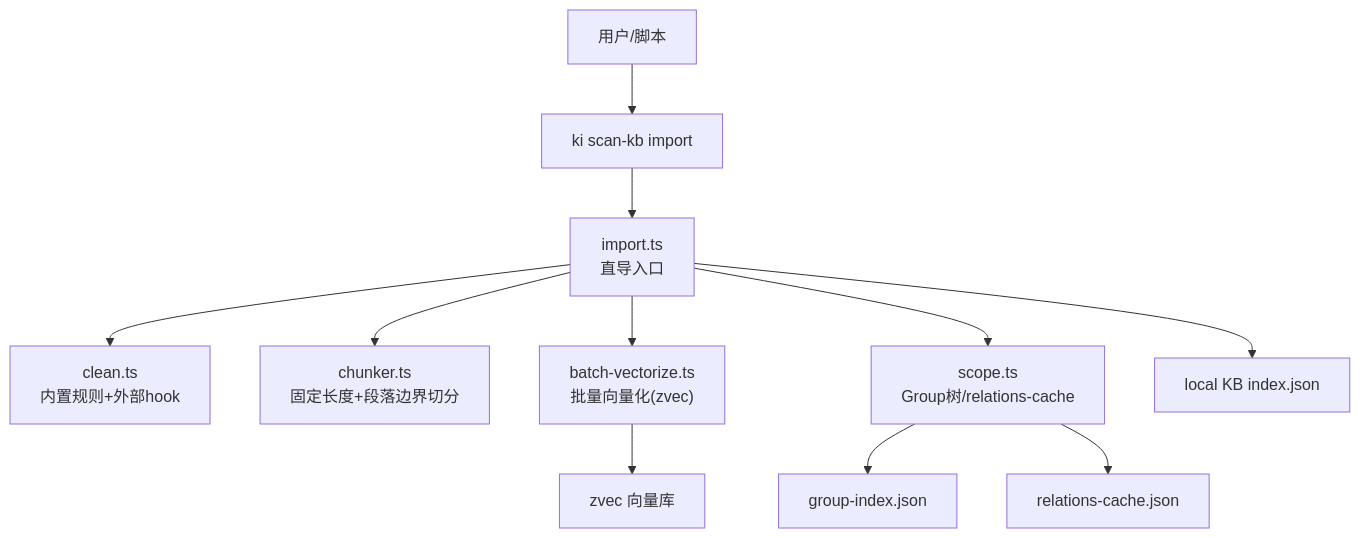
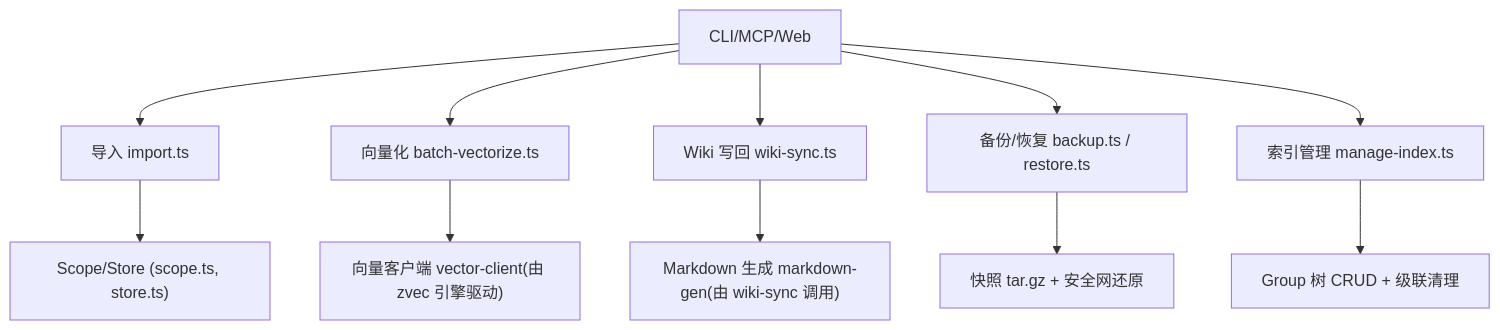
Before and after one commit to HACK-WU/kisearch: the first of 6 diagrams in .qoder/repowiki/zh/content/知识库管理/知识库管理.md, drawn with Mermaid. The commit also changed other lines of this file and 623 other files, not shown here.

````diff
--- a/.qoder/repowiki/zh/content/知识库管理/知识库管理.md
+++ b/.qoder/repowiki/zh/content/知识库管理/知识库管理.md
@@ -43,13 +48,13 @@
 ```mermaid
 graph TB
-A["用户/脚本"] --> B["ki scan-kb import"]
-B --> C["import.ts<br/>直导入口"]
-C --> D["clean.ts<br/>内置规则+外部hook"]
-C --> E["chunker.ts<br/>固定长度+段落边界切分"]
-C --> F["batch-vectorize.ts<br/>批量向量化(zvec)"]
-C --> G["scope.ts<br/>Group树/relations-cache"]
-C --> H["local KB index.json"]
-F --> I["zvec 向量库"]
-G --> J["group-index.json"]
-G --> K["relations-cache.json"]
+A["CLI/MCP/Web"] --> B["导入 import.ts"]
+A --> C["向量化 batch-vectorize.ts"]
+A --> D["Wiki 写回 wiki-sync.ts"]
+A --> E["备份/恢复 backup.ts / restore.ts"]
+A --> F["索引管理 manage-index.ts"]
+B --> G["Scope/Store (scope.ts, store.ts)"]
+C --> H["向量客户端 vector-client(由 zvec 引擎驱动)"]
+D --> I["Markdown 生成 markdown-gen(由 wiki-sync 调用)"]
+E --> J["快照 tar.gz + 安全网还原"]
+F --> K["Group 树 CRUD + 级联清理"]
 ```
````
